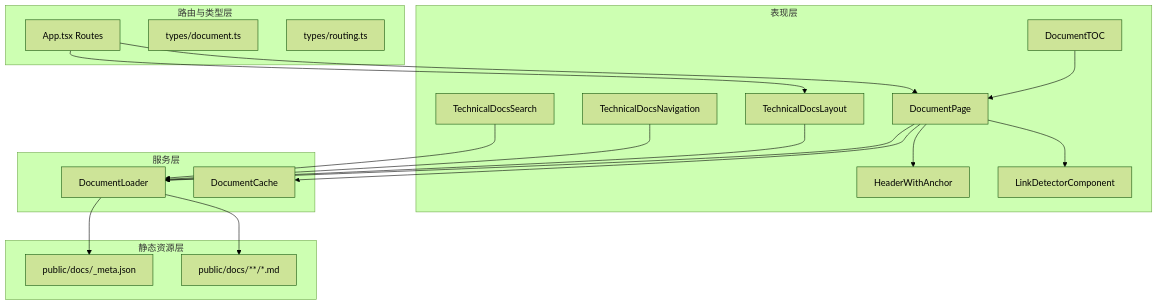
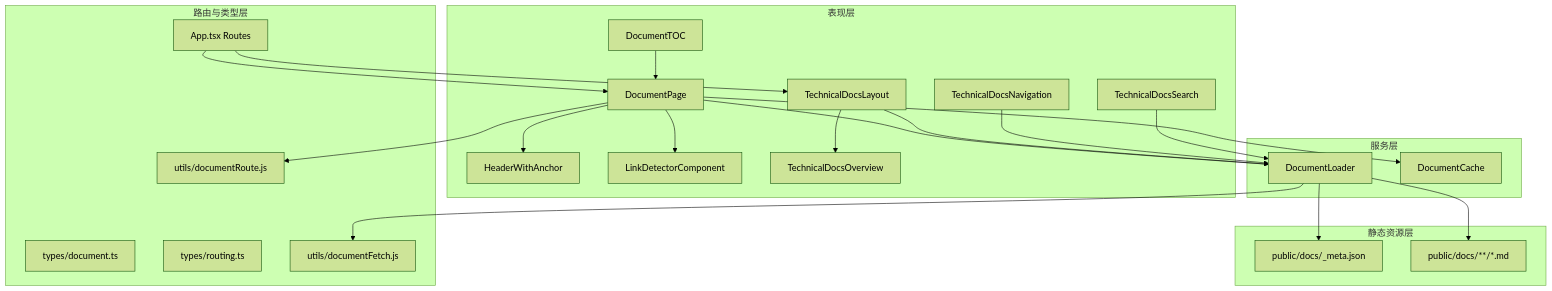
The second of 7 diagrams in .trae/documents/DESIGN_markdown_docs_repository.md (necc-hub/new_energy_coder_club), drawn with Mermaid (forest theme) before and after one commit. The commit also changed other lines of this file and 12 other files, not shown here.

````diff
--- a/.trae/documents/DESIGN_markdown_docs_repository.md
+++ b/.trae/documents/DESIGN_markdown_docs_repository.md
@@ -40,41 +41,47 @@
 ```mermaid
 graph TB
     subgraph "表现层"
         A1[DocumentPage]
         A2[TechnicalDocsLayout]
         A3[TechnicalDocsNavigation]
         A4[TechnicalDocsSearch]
         A5[DocumentTOC]
         A6[HeaderWithAnchor]
         A7[LinkDetectorComponent]
+        A8[TechnicalDocsOverview]
     end
 
     subgraph "服务层"
         B1[DocumentLoader]
         B2[DocumentCache]
     end
 
     subgraph "路由与类型层"
         C1[App.tsx Routes]
         C2[types/document.ts]
         C3[types/routing.ts]
+        C4[utils/documentRoute.js]
+        C5[utils/documentFetch.js]
     end
 
     subgraph "静态资源层"
         D1[public/docs/_meta.json]
         D2[public/docs/**/*.md]
     end
 
     A1 --> B1
     A1 --> B2
+    A1 --> C4
     A2 --> B1
     A3 --> B1
     A4 --> B1
     A5 --> A1
     B1 --> D1
     B1 --> D2
+    B1 --> C5
     C1 --> A1
     C1 --> A2
     A1 --> A6
     A1 --> A7
+    A2 --> A8
 ```
````
